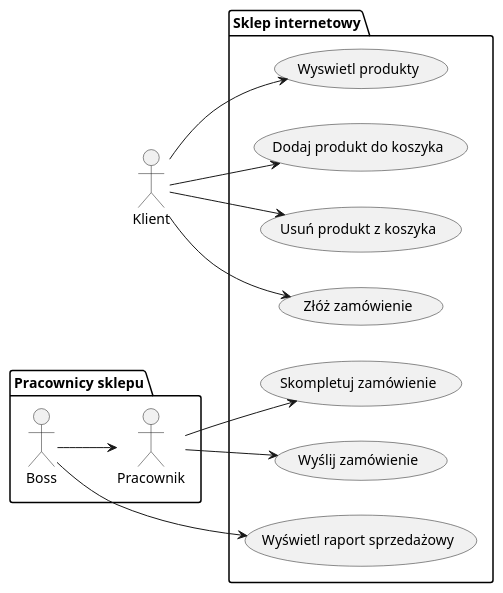
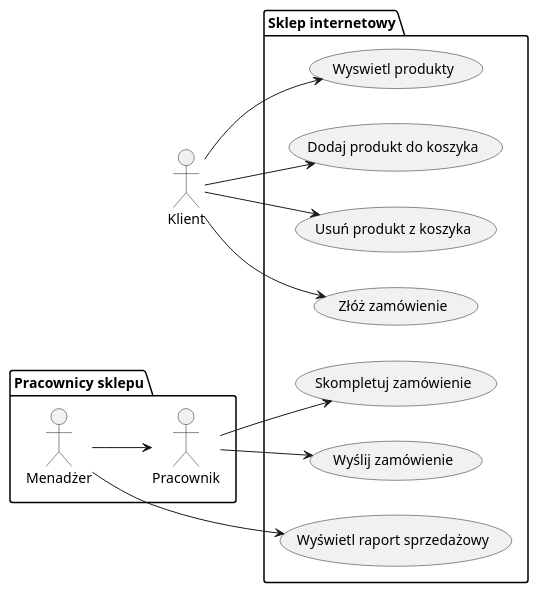
The diagram in _docu/use_case.md (OCTAPROS/webapp_shop_eu), drawn with PlantUML before and after one commit.

````diff
--- a/_docu/use_case.md
+++ b/_docu/use_case.md
@@ -3,33 +3,33 @@
 ```plantuml
 @startuml
 left to right direction
 actor Klient as k
 package "Pracownicy sklepu" {
   actor Pracownik as p
-  actor "Boss" as pb
+  actor "Menadżer" as pb
   pb --> p
 }
 package "Sklep internetowy" {
   usecase "Wyswietl produkty" as UC_k1
   usecase "Dodaj produkt do koszyka" as UC_k2
   usecase "Usuń produkt z koszyka" as UC_k3
   usecase "Złóż zamówienie" as UC_k4
 
   usecase "Skompletuj zamówienie" as UC_p1
   usecase "Wyślij zamówienie" as UC_p2
 
   usecase "Wyświetl raport sprzedażowy" as UC_pb1
 
 }
 
 k --> UC_k1
 k --> UC_k2
 k --> UC_k3
 k --> UC_k4
 
 p --> UC_p1
 p --> UC_p2
 pb --> UC_pb1
 
 @enduml
 ```
````
